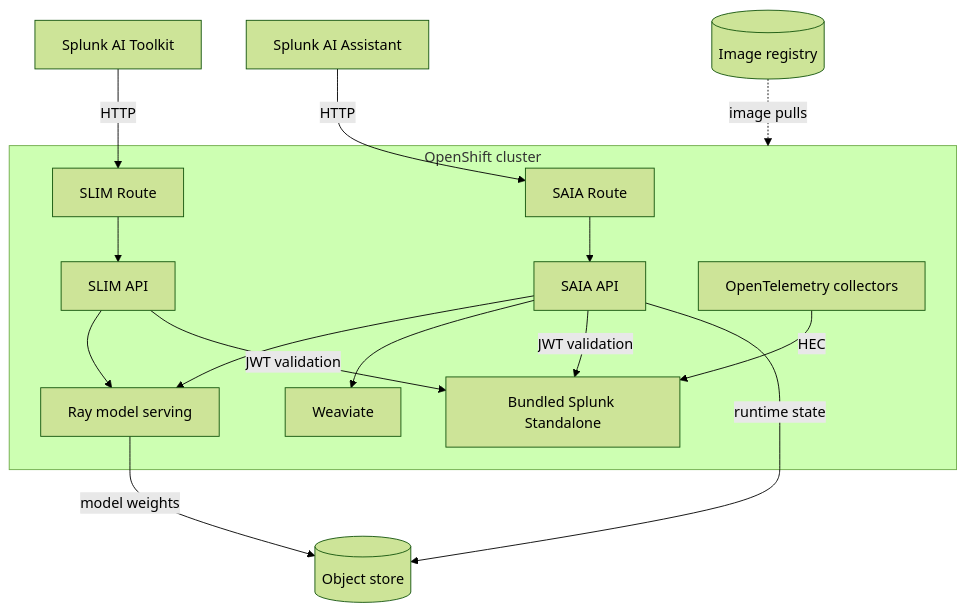
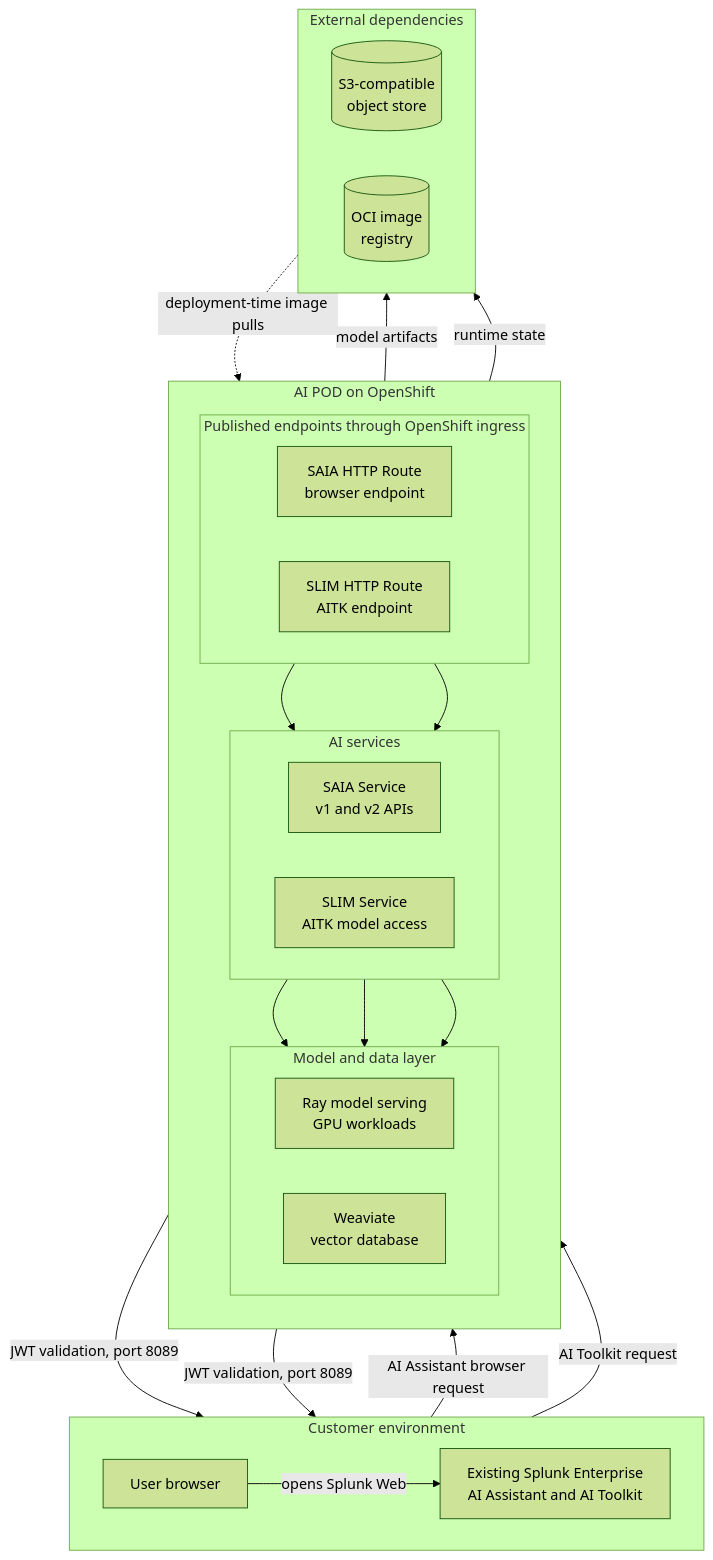
One commit to splunk/splunk-ai-operator changed the diagram in docs/ai-pod-docs/openshift-readme.md. Above: the diagram before and after it, drawn with Mermaid (forest theme). The commit also changed other lines of this file, not shown here.

Commit message:
docs: Update architecture diagram (#226)

````diff
--- a/docs/ai-pod-docs/openshift-readme.md
+++ b/docs/ai-pod-docs/openshift-readme.md
@@ -72,20 +72,52 @@
 ```mermaid
 flowchart TB
-  ASSISTANT[Splunk AI Assistant] -->|HTTP| SAIA_ROUTE[SAIA Route]
-  AITK[Splunk AI Toolkit] -->|HTTP| SLIM_ROUTE[SLIM Route]
-
-  subgraph OCP[OpenShift cluster]
-    SAIA_ROUTE --> SAIA[SAIA API]
-    SLIM_ROUTE --> SLIM[SLIM API]
-    SAIA --> RAY[Ray model serving]
-    SLIM --> RAY
-    SAIA --> WEAVIATE[Weaviate]
-    SAIA -->|JWT validation| SPLUNK[Bundled Splunk Standalone]
-    SLIM -->|JWT validation| SPLUNK
-    OTEL[OpenTelemetry collectors] -->|HEC| SPLUNK
+  subgraph CUSTOMER[Customer environment]
+    direction LR
+    USER[User browser]
+    SPLUNK[Existing Splunk Enterprise<br/>AI Assistant and AI Toolkit]
+    USER -->|opens Splunk Web| SPLUNK
   end
 
-  RAY -->|model weights| OBJECT_STORE[(Object store)]
+  subgraph OCP[AI POD on OpenShift]
+    direction TB
+
+    subgraph INGRESS[Published endpoints through OpenShift ingress]
+      direction LR
+      SAIA_ROUTE[SAIA HTTP Route<br/>browser endpoint]
+      SLIM_ROUTE[SLIM HTTP Route<br/>AITK endpoint]
+    end
+
+    subgraph SERVICES[AI services]
+      direction LR
+      SAIA[SAIA Service<br/>v1 and v2 APIs]
+      SLIM[SLIM Service<br/>AITK model access]
+    end
+
+    subgraph RUNTIME[Model and data layer]
+      direction LR
+      RAY[Ray model serving<br/>GPU workloads]
+      WEAVIATE[Weaviate<br/>vector database]
+    end
+
+    SAIA_ROUTE --> SAIA
+    SLIM_ROUTE --> SLIM
+    SAIA --> RAY
+    SLIM --> RAY
+    SAIA --> WEAVIATE
+  end
+
+  USER -->|AI Assistant browser request| SAIA_ROUTE
+  SPLUNK -->|AI Toolkit request| SLIM_ROUTE
+  SAIA -->|JWT validation, port 8089| SPLUNK
+  SLIM -->|JWT validation, port 8089| SPLUNK
+
+  subgraph DEPENDENCIES[External dependencies]
+    direction LR
+    OBJECT_STORE[(S3-compatible<br/>object store)]
+    REGISTRY[(OCI image<br/>registry)]
+  end
+
+  RAY -->|model artifacts| OBJECT_STORE
   SAIA -->|runtime state| OBJECT_STORE
-  REGISTRY[(Image registry)] -.->|image pulls| OCP
+  REGISTRY -.->|deployment-time image pulls| OCP
 ```
````
